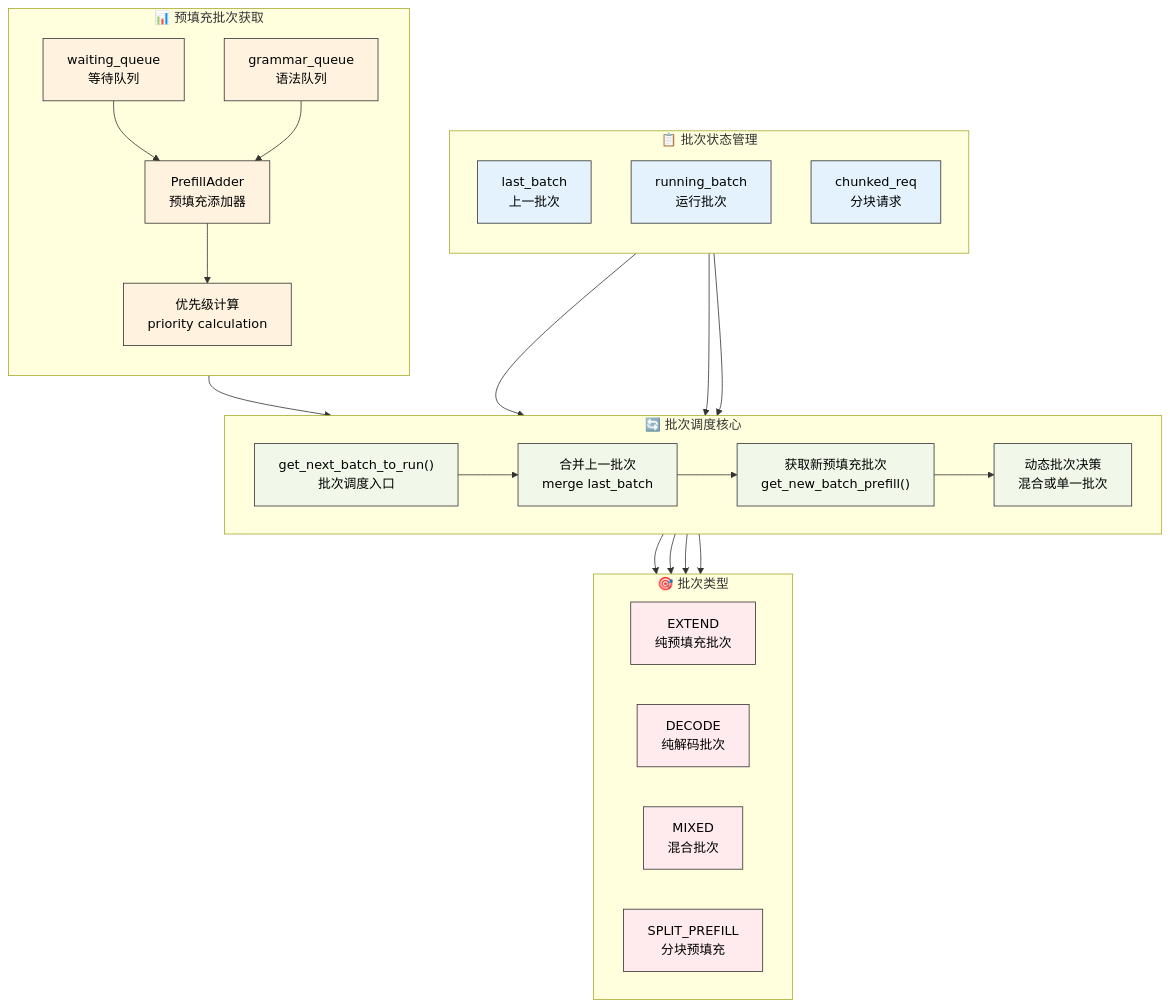
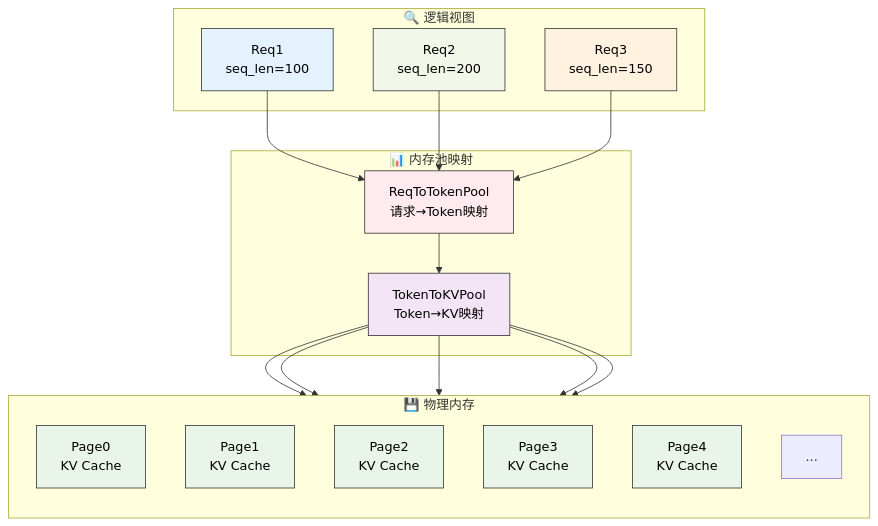
The third of 6 diagrams in SGLang开发者技术文档/01-调度器/04-批处理调度策略.md (JRChen0927/sglang), drawn with Mermaid before and after one commit. The commit also changed other lines of this file, not shown here.

````diff
--- a/SGLang开发者技术文档/01-调度器/04-批处理调度策略.md
+++ b/SGLang开发者技术文档/01-调度器/04-批处理调度策略.md
@@ -30,64 +137,45 @@
 ```mermaid
 graph TD
-    subgraph "📋 批次状态管理"
-        direction TB
-        A1["last_batch<br/>上一批次"]
-        A2["running_batch<br/>运行批次"]
-        A3["chunked_req<br/>分块请求"]
+    subgraph "🔍 逻辑视图"
+        R1["Req1<br/>seq_len=100"]
+        R2["Req2<br/>seq_len=200"] 
+        R3["Req3<br/>seq_len=150"]
     end
 
-    subgraph "🔄 批次调度核心"
-        direction LR
-        B1["get_next_batch_to_run()<br/>批次调度入口"]
-        B2["合并上一批次<br/>merge last_batch"]
-        B3["获取新预填充批次<br/>get_new_batch_prefill()"]
-        B4["动态批次决策<br/>混合或单一批次"]
+    subgraph "📊 内存池映射"
+        RTT["ReqToTokenPool<br/>请求→Token映射"]
+        TKV["TokenToKVPool<br/>Token→KV映射"]
     end
 
-    subgraph "📊 预填充批次获取"
+    subgraph "💾 物理内存"
         direction TB
-        C1["PrefillAdder<br/>预填充添加器"]
-        C2["waiting_queue<br/>等待队列"]
-        C3["grammar_queue<br/>语法队列"]
-        C4["优先级计算<br/>priority calculation"]
+        P1["Page0<br/>KV Cache"]
+        P2["Page1<br/>KV Cache"]
+        P3["Page2<br/>KV Cache"]
+        P4["Page3<br/>KV Cache"]
+        P5["Page4<br/>KV Cache"]
+        P6["..."]
     end
 
-    subgraph "🎯 批次类型"
-        direction LR
-        D1["EXTEND<br/>纯预填充批次"]
-        D2["DECODE<br/>纯解码批次"]
-        D3["MIXED<br/>混合批次"]
-        D4["SPLIT_PREFILL<br/>分块预填充"]
-    end
+    R1 --> RTT
+    R2 --> RTT  
+    R3 --> RTT
+    RTT --> TKV
+    
+    TKV --> P1
+    TKV --> P2
+    TKV --> P3
+    TKV --> P4
+    TKV --> P5
 
-    A1 --> B1
-    A2 --> B1
-    A3 --> B1
-    B1 --> B2
-    B2 --> B3
-    B3 --> B4
-    C2 --> C1
-    C3 --> C1
-    C1 --> C4
-    C4 --> B3
-    B4 --> D1
-    B4 --> D2
-    B4 --> D3
-    B4 --> D4
-
-    style A1 fill:#e3f2fd,color:#000000,stroke:#333
-    style A2 fill:#e3f2fd,color:#000000,stroke:#333
-    style A3 fill:#e3f2fd,color:#000000,stroke:#333
-    style B1 fill:#f1f8e9,color:#000000,stroke:#333
-    style B2 fill:#f1f8e9,color:#000000,stroke:#333
-    style B3 fill:#f1f8e9,color:#000000,stroke:#333
-    style B4 fill:#f1f8e9,color:#000000,stroke:#333
-    style C1 fill:#fff3e0,color:#000000,stroke:#333
-    style C2 fill:#fff3e0,color:#000000,stroke:#333
-    style C3 fill:#fff3e0,color:#000000,stroke:#333
-    style C4 fill:#fff3e0,color:#000000,stroke:#333
-    style D1 fill:#ffebee,color:#000000,stroke:#333
-    style D2 fill:#ffebee,color:#000000,stroke:#333
-    style D3 fill:#ffebee,color:#000000,stroke:#333
-    style D4 fill:#ffebee,color:#000000,stroke:#333
+    style R1 fill:#e3f2fd,color:#000000,stroke:#333
+    style R2 fill:#f1f8e9,color:#000000,stroke:#333
+    style R3 fill:#fff3e0,color:#000000,stroke:#333
+    style RTT fill:#ffebee,color:#000000,stroke:#333
+    style TKV fill:#f3e5f5,color:#000000,stroke:#333
+    style P1 fill:#e8f5e8,color:#000000,stroke:#333
+    style P2 fill:#e8f5e8,color:#000000,stroke:#333
+    style P3 fill:#e8f5e8,color:#000000,stroke:#333
+    style P4 fill:#e8f5e8,color:#000000,stroke:#333
+    style P5 fill:#e8f5e8,color:#000000,stroke:#333
 ```
````
